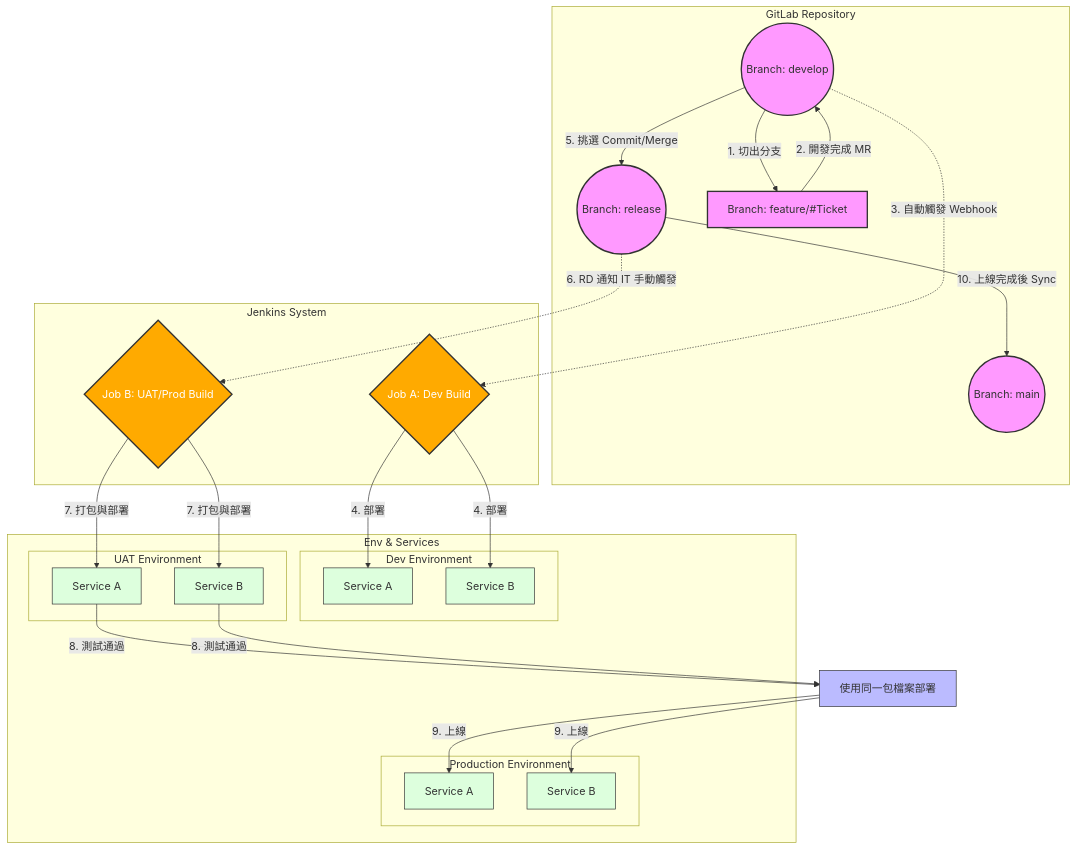
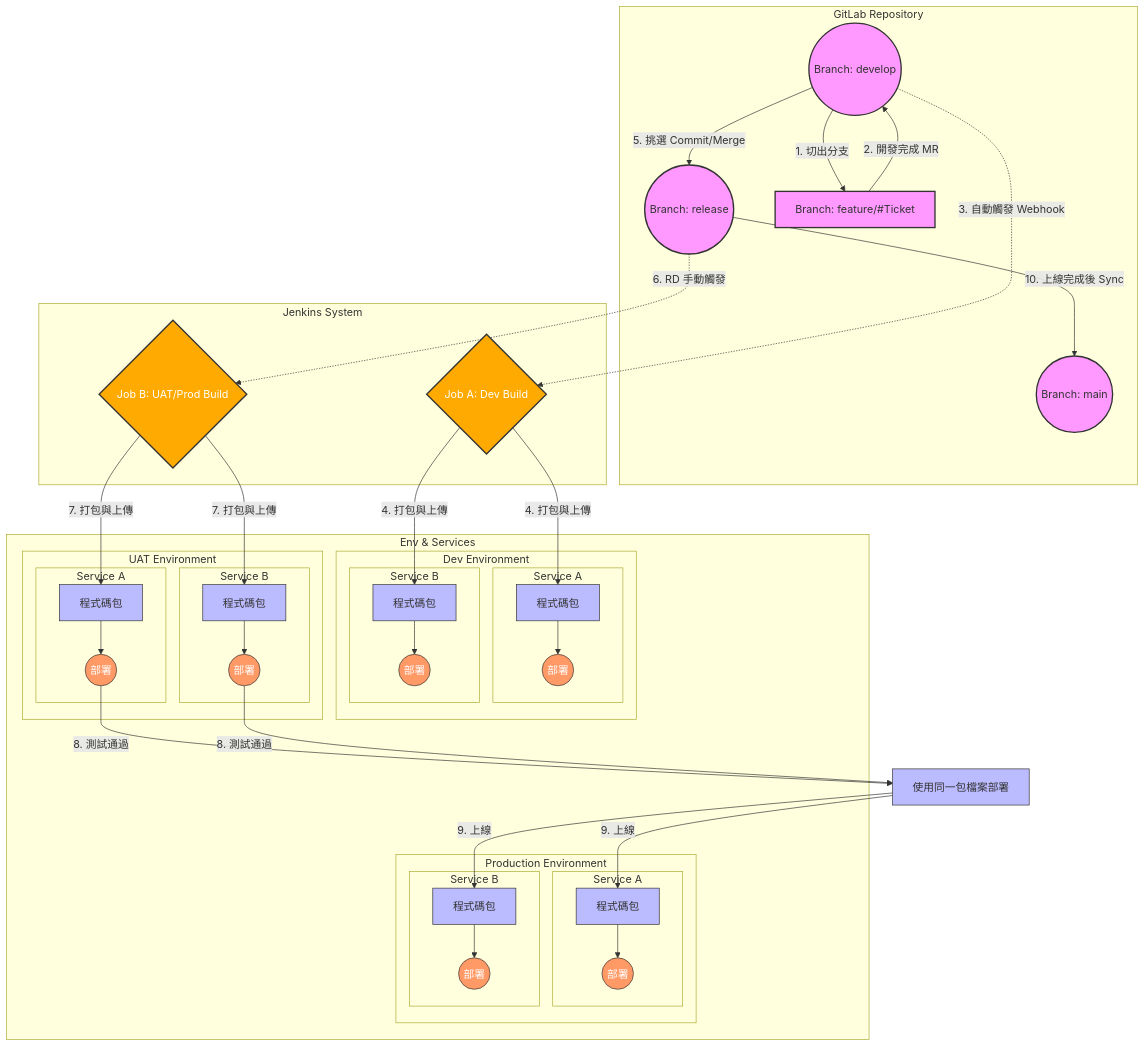
One commit to almightyken0425/KnowledgeVault changed the second of 2 diagrams in SIT/ReleaseWorkFlow.md. Above: the diagram before and after it, drawn with Mermaid.

````diff
--- a/SIT/ReleaseWorkFlow.md
+++ b/SIT/ReleaseWorkFlow.md
@@ -47,54 +47,79 @@
 ```mermaid
 graph TD
     %% 定義樣式
     classDef branch fill:#f9f,stroke:#333,stroke-width:2px;
     classDef action fill:#bbf,stroke:#333,stroke-width:1px;
     classDef server fill:#dfd,stroke:#333,stroke-width:1px;
     classDef jenkins fill:#fa0,stroke:#333,stroke-width:2px,color:white;
+    classDef deployAction fill:#f96,stroke:#333,stroke-width:1px,color:white;
 
     %% 節點定義
     subgraph Git_Repo [GitLab Repository]
         Main((Branch: main)):::branch
         Release((Branch: release)):::branch
         Develop((Branch: develop)):::branch
         Feature[Branch: feature/#Ticket]:::branch
     end
 
     subgraph CI_CD [Jenkins System]
         JobA{Job A: Dev Build}:::jenkins
         JobB{Job B: UAT/Prod Build}:::jenkins
     end
 
     subgraph Environments [Env & Services]
         subgraph DevEnv [Dev Environment]
-            DevServiceA[Service A]:::server
-            DevServiceB[Service B]:::server
+            subgraph DevServiceA [Service A]
+                DevPkgA[程式碼包]:::action
+                DevDeployA((部署)):::deployAction
+                DevPkgA --> DevDeployA
+            end
+            subgraph DevServiceB [Service B]
+                DevPkgB[程式碼包]:::action
+                DevDeployB((部署)):::deployAction
+                DevPkgB --> DevDeployB
+            end
         end
         subgraph UATEnv [UAT Environment]
-            UATServiceA[Service A]:::server
-            UATServiceB[Service B]:::server
+            subgraph UATServiceA [Service A]
+                UATPkgA[程式碼包]:::action
+                UATDeployA((部署)):::deployAction
+                UATPkgA --> UATDeployA
+            end
+            subgraph UATServiceB [Service B]
+                UATPkgB[程式碼包]:::action
+                UATDeployB((部署)):::deployAction
+                UATPkgB --> UATDeployB
+            end
         end
         subgraph ProdEnv [Production Environment]
-            ProdServiceA[Service A]:::server
-            ProdServiceB[Service B]:::server
+            subgraph ProdServiceA [Service A]
+                ProdPkgA[程式碼包]:::action
+                ProdDeployA((部署)):::deployAction
+                ProdPkgA --> ProdDeployA
+            end
+            subgraph ProdServiceB [Service B]
+                ProdPkgB[程式碼包]:::action
+                ProdDeployB((部署)):::deployAction
+                ProdPkgB --> ProdDeployB
+            end
         end
     end
 
     %% 流程線
     Develop -->|1. 切出分支| Feature
     Feature -->|2. 開發完成 MR| Develop
 
     Develop -.->|3. 自動觸發 Webhook| JobA
-    JobA -->|4. 部署| DevServiceA & DevServiceB
+    JobA -->|4. 打包與上傳| DevPkgA & DevPkgB
 
     Develop -->|5. 挑選 Commit/Merge| Release
-    Release -.->|6. RD 通知 IT 手動觸發| JobB
+    Release -.->|6. RD 手動觸發| JobB
 
-    JobB -->|7. 打包與部署| UATServiceA & UATServiceB
+    JobB -->|7. 打包與上傳| UATPkgA & UATPkgB
     
-    UATServiceA & UATServiceB -->|8. 測試通過| ProdDeploy[使用同一包檔案部署]:::action
+    UATDeployA & UATDeployB -->|8. 測試通過| ProdDeploy[使用同一包檔案部署]:::action
     
-    ProdDeploy -->|9. 上線| ProdServiceA & ProdServiceB
+    ProdDeploy -->|9. 上線| ProdPkgA & ProdPkgB
 
     Release -->|10. 上線完成後 Sync| Main
 ```
````
